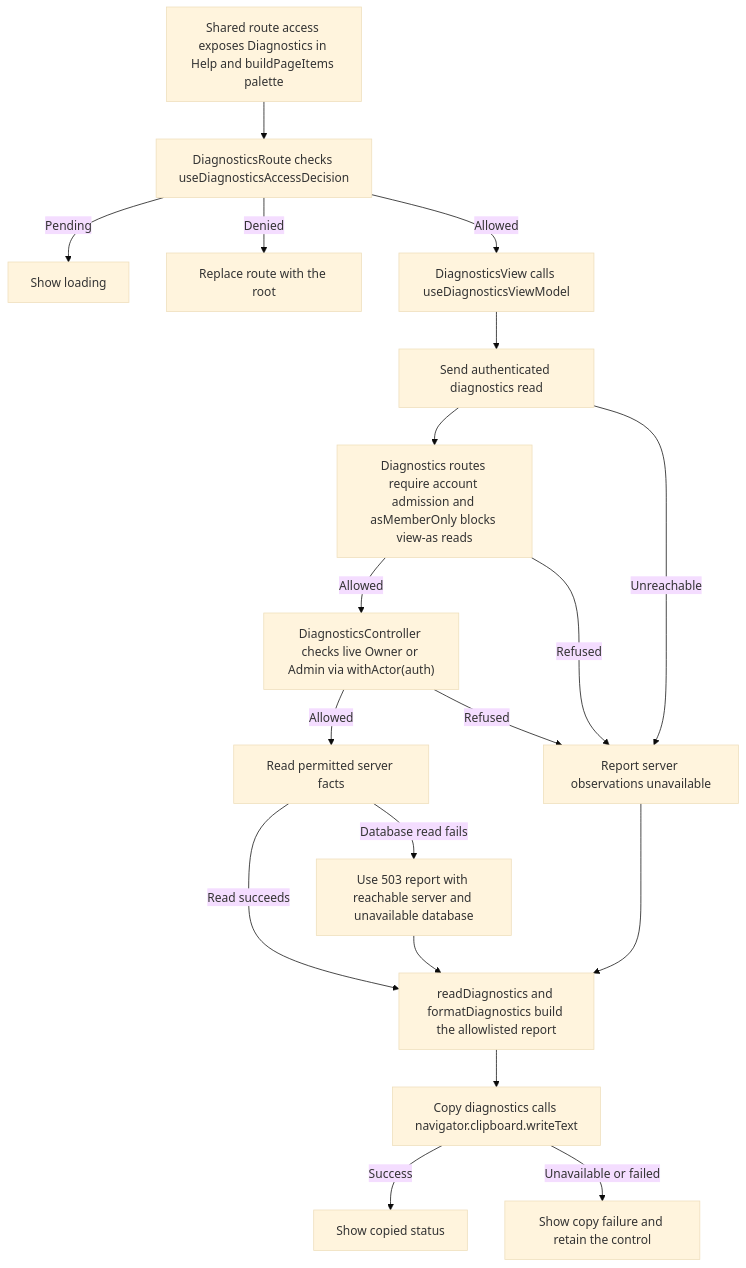
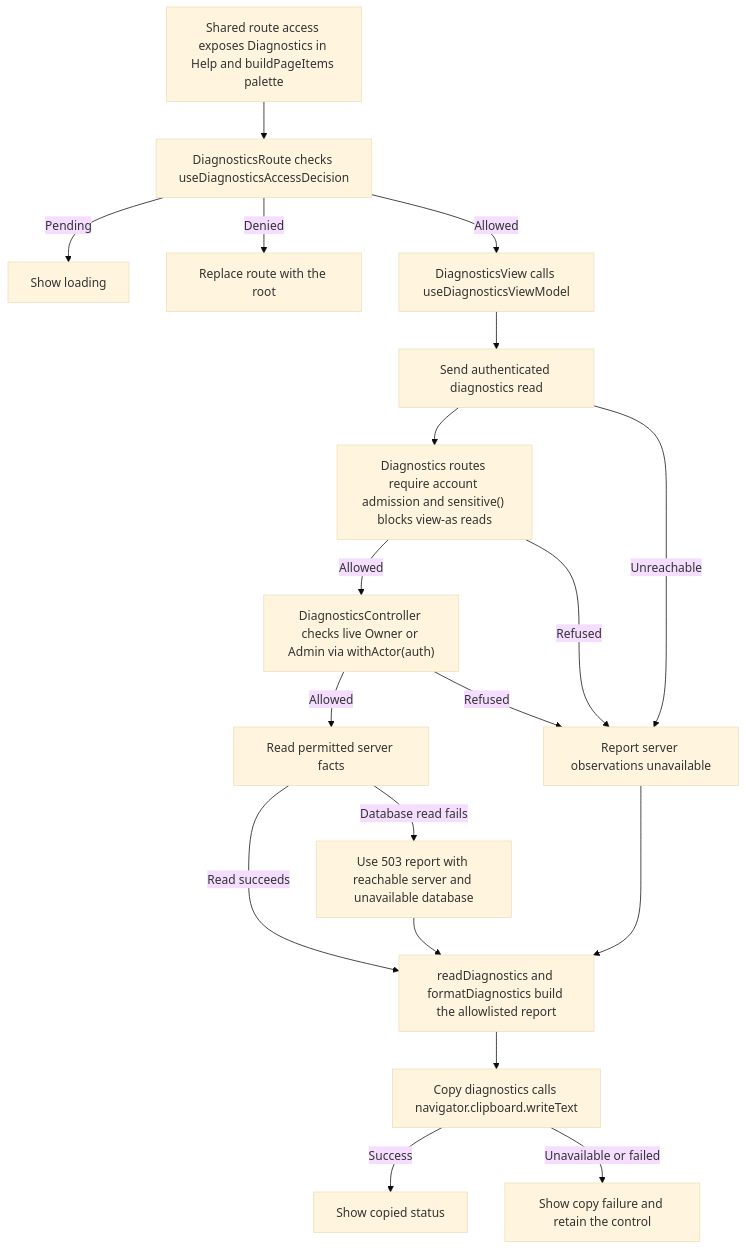
Before and after one commit to Kevinjohn/capacitylens: the second of 2 diagrams in user-stories/settings/US-SET-16-diagnostics.md, drawn with Mermaid (base theme). The commit also changed 50 other files, not shown here.

````diff
--- a/user-stories/settings/US-SET-16-diagnostics.md
+++ b/user-stories/settings/US-SET-16-diagnostics.md
@@ -29,21 +29,21 @@
 ```mermaid
 flowchart TD
   visibility["Shared route access exposes Diagnostics in Help and buildPageItems palette"] --> route["DiagnosticsRoute checks useDiagnosticsAccessDecision"]
   route -->|Pending| loading["Show loading"]
   route -->|Denied| redirect["Replace route with the root"]
   route -->|Allowed| page["DiagnosticsView calls useDiagnosticsViewModel"]
   page --> request["Send authenticated diagnostics read"]
-  request --> gate["Diagnostics routes require account admission and asMemberOnly blocks view-as reads"]
+  request --> gate["Diagnostics routes require account admission and sensitive() blocks view-as reads"]
   gate -->|Allowed| authorize["DiagnosticsController checks live Owner or Admin via withActor(auth)"]
   gate -->|Refused| fallback
   authorize -->|Allowed| response["Read permitted server facts"]
   authorize -->|Refused| fallback["Report server observations unavailable"]
   request -->|Unreachable| fallback
   response -->|Read succeeds| format["readDiagnostics and formatDiagnostics build the allowlisted report"]
   response -->|Database read fails| partial["Use 503 report with reachable server and unavailable database"]
   partial --> format
   fallback --> format
   format --> copy["Copy diagnostics calls navigator.clipboard.writeText"]
   copy -->|Success| copied["Show copied status"]
   copy -->|Unavailable or failed| retry["Show copy failure and retain the control"]
 ```
````
